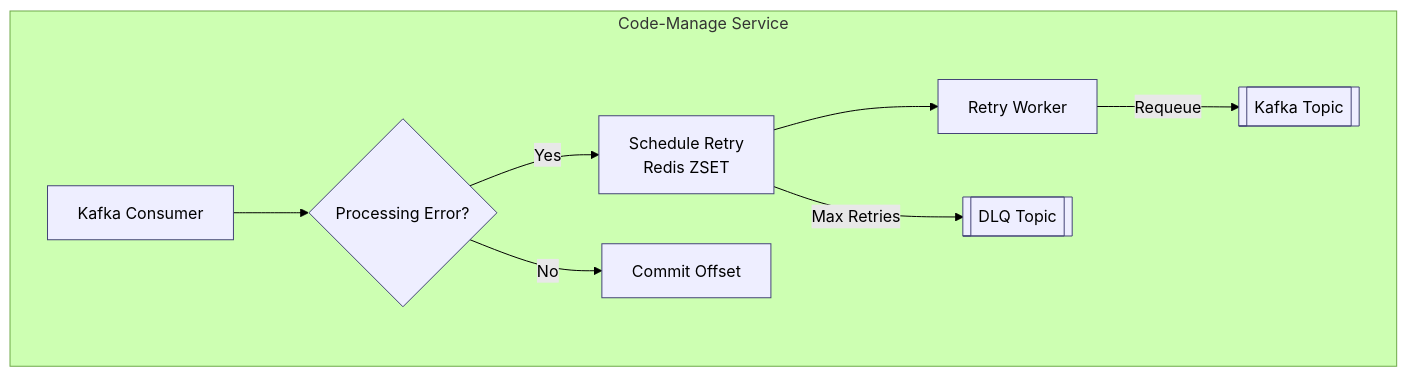
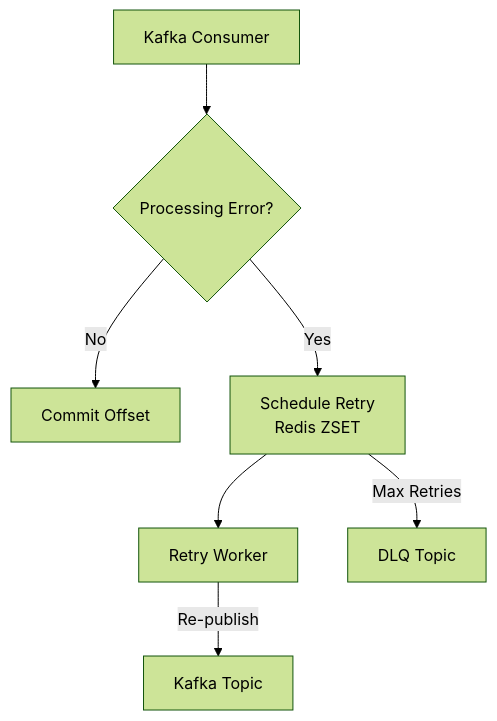
The third of 3 diagrams in README.md (akashca-pro/codex-code-manage-service), drawn with Mermaid (forest theme) before and after one commit. The commit also changed other lines of this file, not shown here.

````diff
--- a/README.md
+++ b/README.md
@@ -137,14 +144,11 @@
 ```mermaid
 flowchart TB
-    subgraph CM[Code-Manage Service]
-        A[Kafka Consumer] --> B{Processing Error?}
-        B -->|Yes| C[Schedule Retry<br>Redis ZSET]
-        B -->|No| D[Commit Offset]
+    A[Kafka Consumer] --> B{Processing Error?}
+    B -->|No| C[Commit Offset]
+    B -->|Yes| D[Schedule Retry
+Redis ZSET]
 
-        C --> E[Retry Worker]
-        E -->|Requeue| F[[Kafka Topic]]
-        C -->|Max Retries| G[[DLQ Topic]]
-    end
-
-classDef default fill:#eef,stroke:#447,color:#000;
+    D --> E[Retry Worker]
+    E -->|Re-publish| F[Kafka Topic]
+    D -->|Max Retries| G[DLQ Topic]
 ```
````
